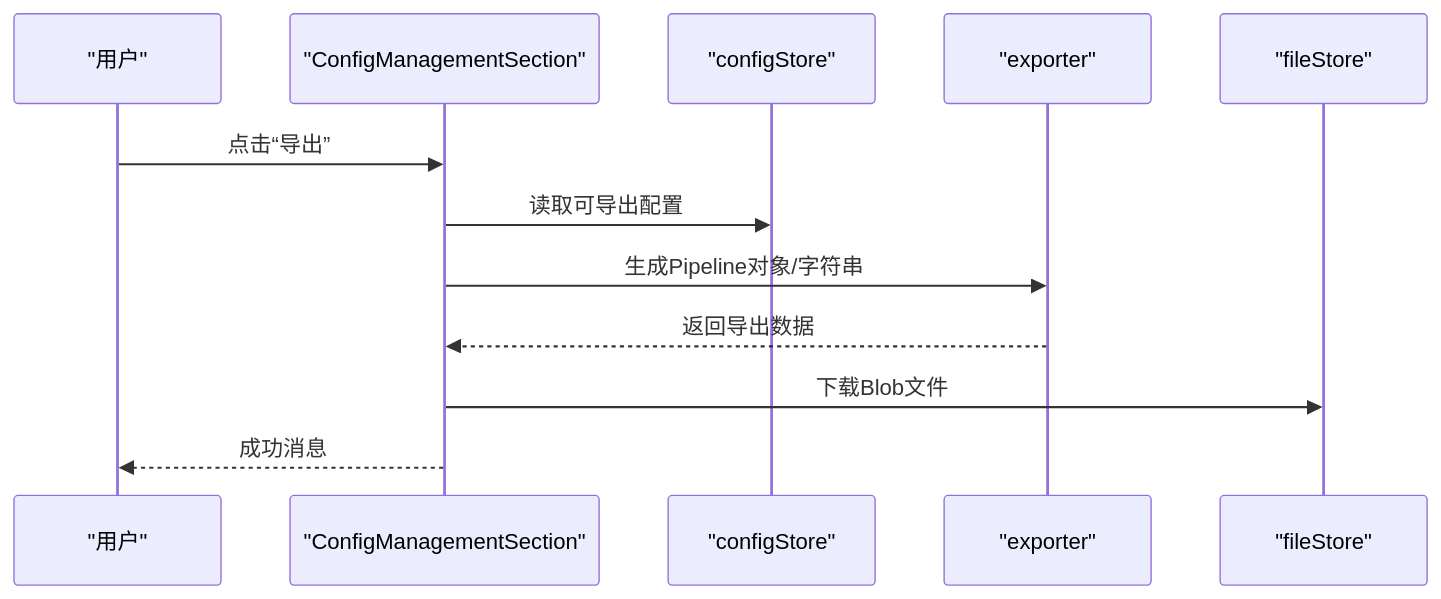
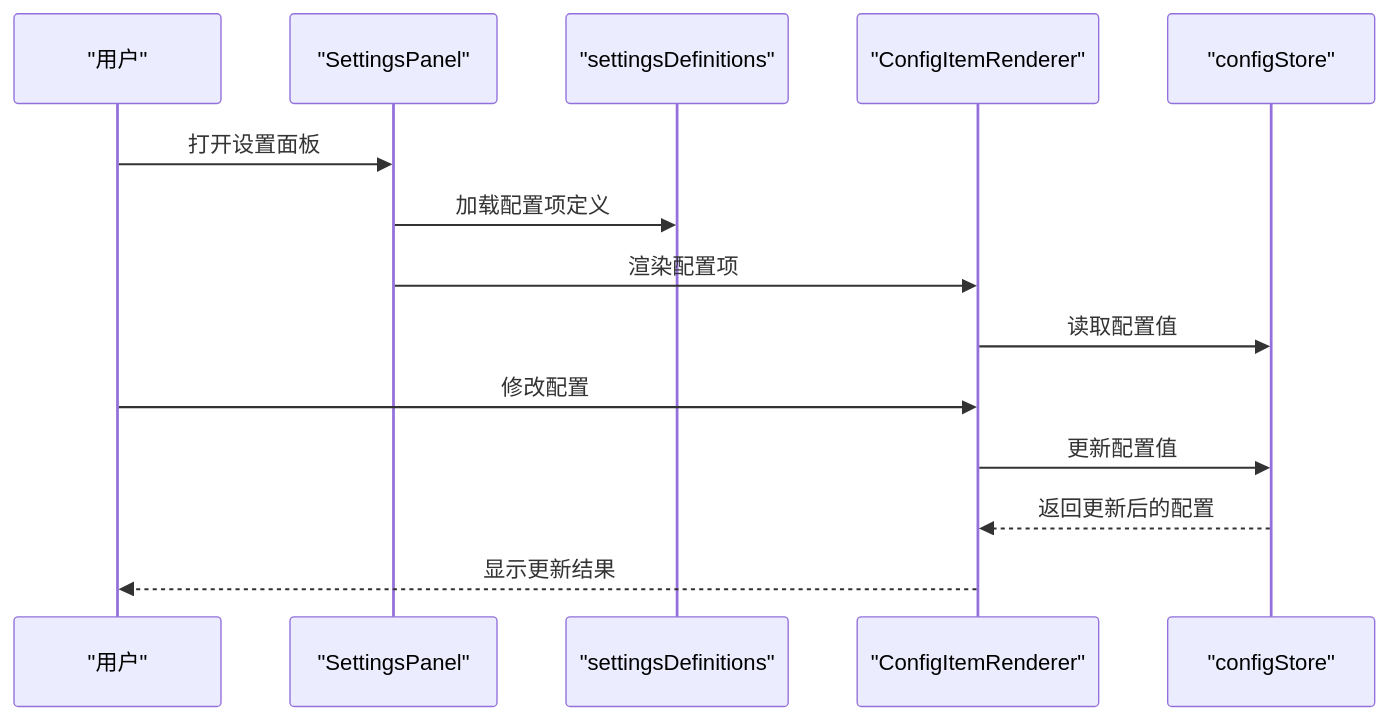
The second of 8 diagrams in .qoder/repowiki/zh/content/用户界面/面板系统/配置面板/配置管理区域.md (kqcoxn/MaaPipelineEditor), drawn with Mermaid before and after one commit. The commit also changed other lines of this file and 50 other files, not shown here.

````diff
--- a/.qoder/repowiki/zh/content/用户界面/面板系统/配置面板/配置管理区域.md
+++ b/.qoder/repowiki/zh/content/用户界面/面板系统/配置面板/配置管理区域.md
@@ -119,14 +131,16 @@
 ```mermaid
 sequenceDiagram
 participant U as "用户"
-participant UI as "ConfigManagementSection"
+participant SP as "SettingsPanel"
+participant SD as "settingsDefinitions"
+participant CIR as "ConfigItemRenderer"
 participant CS as "configStore"
-participant EXP as "exporter"
-participant FS as "fileStore"
-U->>UI : 点击“导出”
-UI->>CS : 读取可导出配置
-UI->>EXP : 生成Pipeline对象/字符串
-EXP-->>UI : 返回导出数据
-UI->>FS : 下载Blob文件
-UI-->>U : 成功消息
+U->>SP : 打开设置面板
+SP->>SD : 加载配置项定义
+SP->>CIR : 渲染配置项
+CIR->>CS : 读取配置值
+U->>CIR : 修改配置
+CIR->>CS : 更新配置值
+CS-->>CIR : 返回更新后的配置
+CIR-->>U : 显示更新结果
 ```
````
